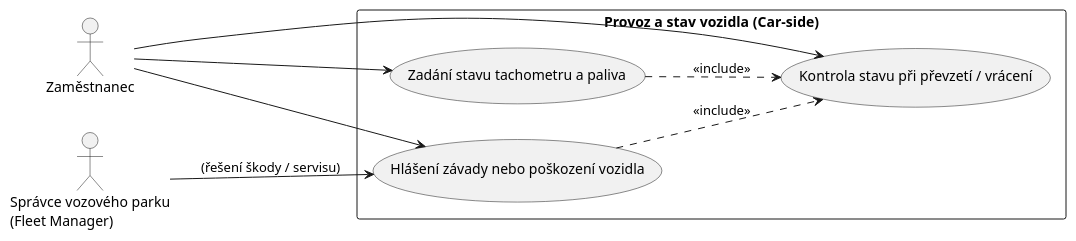
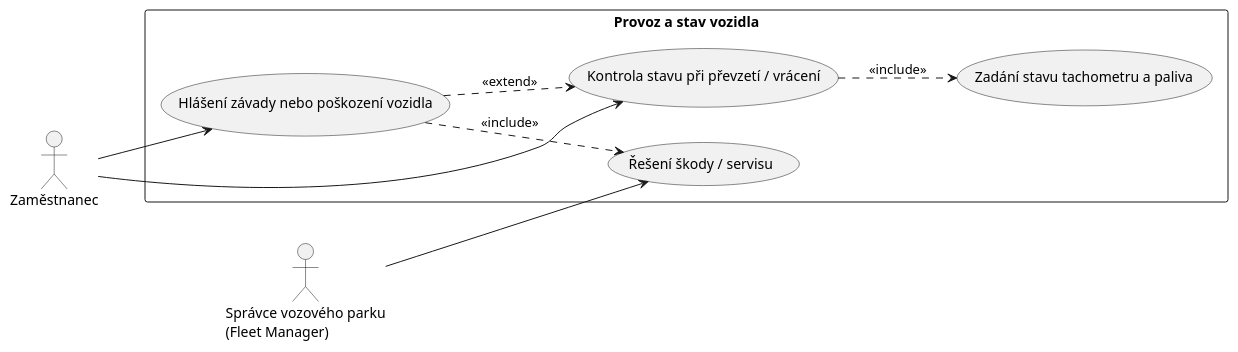
Before and after one commit to Sosto1/Car-side: the diagram in diagrams/usecase-diagram/png/UseCase_ProvozVozidla.puml, drawn with PlantUML.

```diff
--- a/diagrams/usecase-diagram/png/UseCase_ProvozVozidla.puml
+++ b/diagrams/usecase-diagram/png/UseCase_ProvozVozidla.puml
@@ -1,26 +1,27 @@
 @startuml
 left to right direction
 skinparam packageStyle rectangle
 
 actor "Zaměstnanec" as Emp
 actor "Správce vozového parku\n(Fleet Manager)" as Manager
 
-rectangle "Provoz a stav vozidla (Car-side)" {
+rectangle "Provoz a stav vozidla" {
+    usecase "Kontrola stavu při převzetí / vrácení" as UC_CheckState
     usecase "Zadání stavu tachometru a paliva" as UC_Fuel
     usecase "Hlášení závady nebo poškození vozidla" as UC_Incident
-    usecase "Kontrola stavu při převzetí / vrácení" as UC_CheckState
+    usecase "Řešení škody / servisu" as UC_Resolve
 }
 
-' Propojení Zaměstnance
-Emp --> UC_Fuel
+' Zaměstnanec
+Emp --> UC_CheckState
 Emp --> UC_Incident
-Emp --> UC_CheckState
 
-' Propojení Správce
-Manager --> UC_Incident : (řešení škody / servisu)
+' Správce
+Manager --> UC_Resolve
 
 ' Závislosti
-UC_Fuel ..> UC_CheckState : <<include>>
-UC_Incident ..> UC_CheckState : <<include>>
+UC_CheckState ..> UC_Fuel : <<include>>
+UC_Incident ..> UC_CheckState : <<extend>>
+UC_Incident ..> UC_Resolve : <<include>>
 
 @enduml
```
